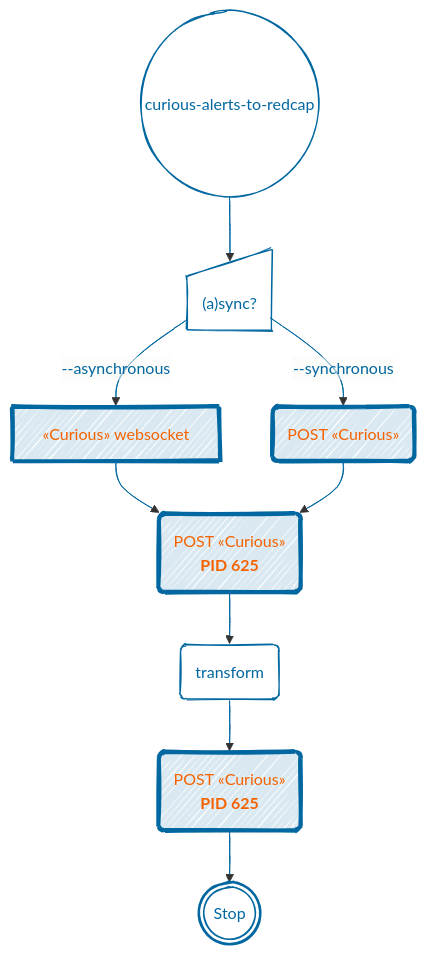
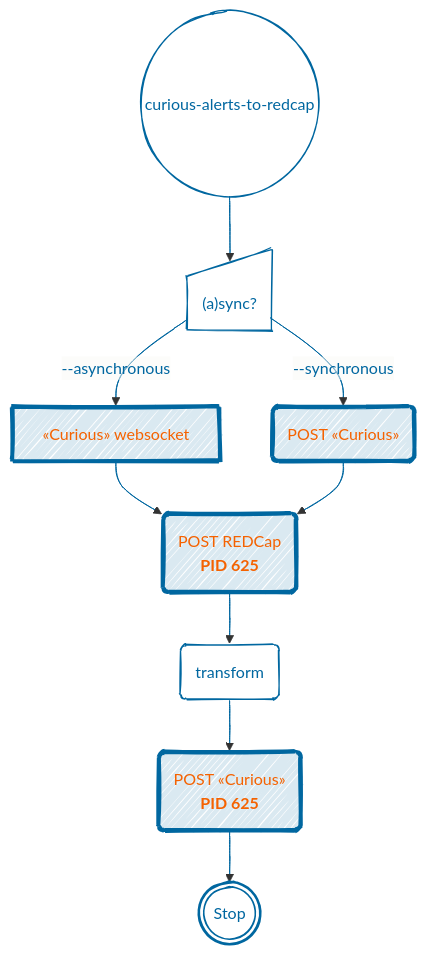
One commit to childmindresearch/hbnmigration changed the first of 2 diagrams in python_jobs/src/hbnmigration/from_curious/README.md. Above: the diagram before and after it, drawn with Mermaid. The commit also changed other lines of this file and 12 other files, not shown here.

Commit message:
:necktie: Curious invitations to REDCap

````diff
--- a/python_jobs/src/hbnmigration/from_curious/README.md
+++ b/python_jobs/src/hbnmigration/from_curious/README.md
@@ -5,19 +5,19 @@
 ```mermaid
 ---
 config:
   look: handDrawn
   themeVariables:
     edgeLabelBackground: '#FAF9F500'
     fontFamily: "Verdana, Courier New, Arial Black, Arial Bold, cursive, fantasy"
 ---
 flowchart TD
     classDef apiCall color:#F56200,fill:#0067a025,stroke:#0067a0,stroke-width:4px;
     classDef default stroke:#0067a0,color:#0067a0,fill:#FAF9F510;
 
-    start@{ shape: circle, label: "curious-alerts-to-redcap" } --> sync@{ shape: manual-input, label: "(a)sync?"} --"--asynchronous"--> websocket@{ shape: rectangle, label: "«Curious» websocket" } --> _fetch_alerts_metadata --> transform@{ shape: rounded, label: "transform" } --> push_to_redcap@{ shape: rounded, label: "POST «Curious»\n**PID 625**" } --> stop@{ shape: dbl-circ, label: "Stop" };;
+    start@{ shape: circle, label: "curious-alerts-to-redcap" } --> sync@{ shape: manual-input, label: "(a)sync?"} --"--asynchronous"--> websocket@{ shape: rectangle, label: "«Curious» websocket" } --> _fetch_alerts_metadata --> transform@{ shape: rounded, label: "transform" } --> push_to_redcap@{ shape: rounded, label: "POST «Curious»\n**PID 625**" } --> stop@{ shape: dbl-circ, label: "Stop" };
 
-    sync --"--synchronous"--> fetch_alerts@{ shape: rounded, label: "POST «Curious»" } --> _fetch_alerts_metadata@{ shape: rounded, label: "POST «Curious»\n**PID 625**" };
+    sync --"--synchronous"--> fetch_alerts@{ shape: rounded, label: "POST «Curious»" } --> _fetch_alerts_metadata@{ shape: rounded, label: "POST REDCap\n**PID 625**" };
 
     class fetch_alerts,_fetch_alerts_metadata,push_to_redcap,websocket apiCall;
     linkStyle 0,1,2,3,4,5,6,7 stroke:#0067a0,color:#0067a0
 ```
````
